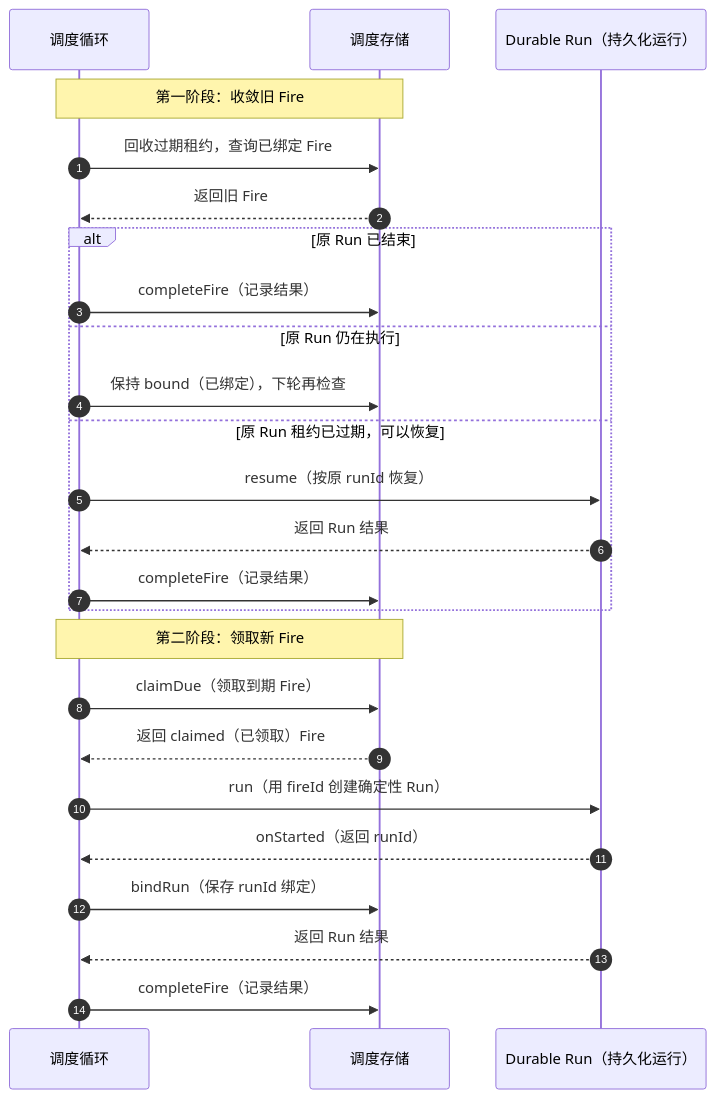
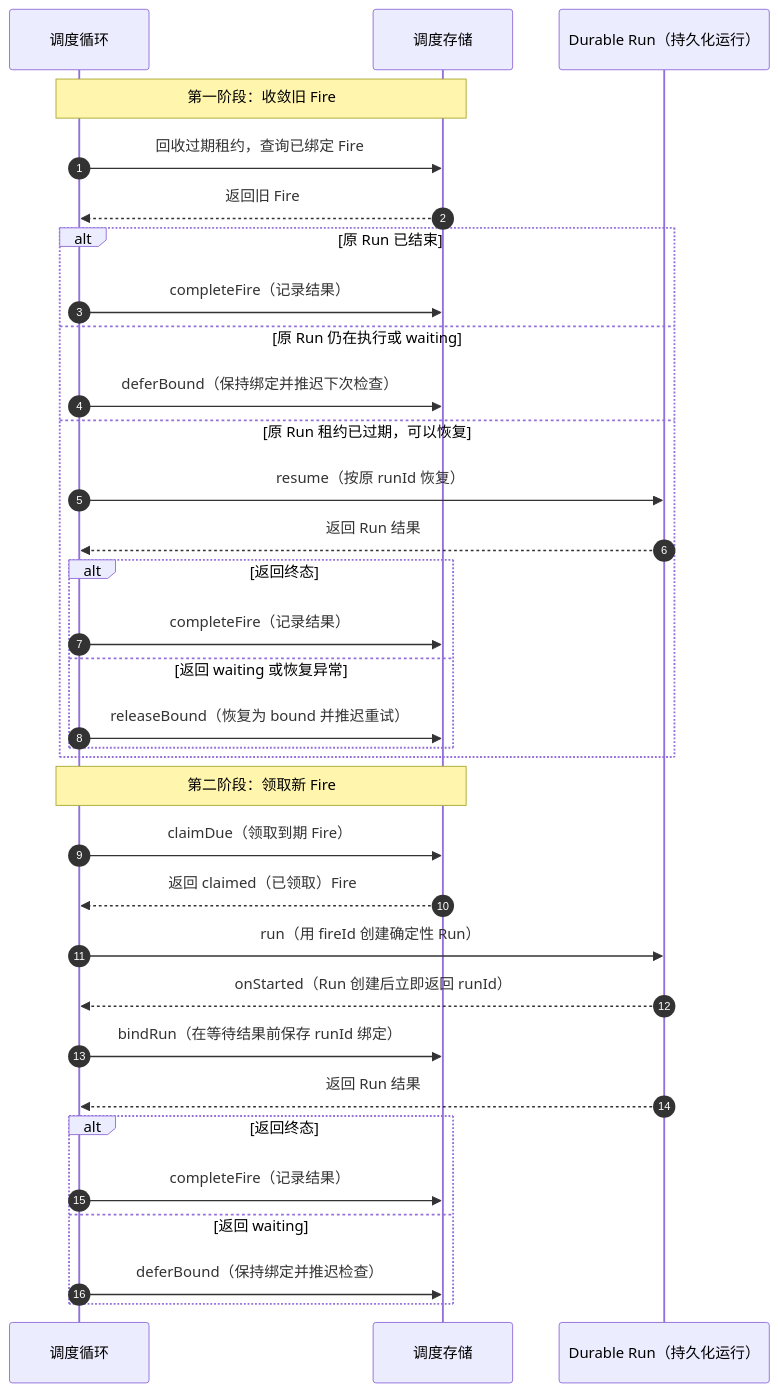
Before and after one commit to Wpxknight/agentdemo: the third of 4 diagrams in docs/design/08-scheduler.md, drawn with Mermaid. The commit also changed other lines of this file and 55 other files, not shown here.

````diff
--- a/docs/design/08-scheduler.md
+++ b/docs/design/08-scheduler.md
@@ -231,29 +238,37 @@
 ```mermaid
 sequenceDiagram
   autonumber
   participant L as 调度循环
   participant S as 调度存储
   participant R as Durable Run（持久化运行）
 
   Note over L,S: 第一阶段：收敛旧 Fire
   L->>S: 回收过期租约，查询已绑定 Fire
   S-->>L: 返回旧 Fire
   alt 原 Run 已结束
     L->>S: completeFire（记录结果）
-  else 原 Run 仍在执行
-    L->>S: 保持 bound（已绑定），下轮再检查
+  else 原 Run 仍在执行或 waiting
+    L->>S: deferBound（保持绑定并推迟下次检查）
   else 原 Run 租约已过期，可以恢复
     L->>R: resume（按原 runId 恢复）
     R-->>L: 返回 Run 结果
-    L->>S: completeFire（记录结果）
+    alt 返回终态
+      L->>S: completeFire（记录结果）
+    else 返回 waiting 或恢复异常
+      L->>S: releaseBound（恢复为 bound 并推迟重试）
+    end
   end
 
   Note over L,S: 第二阶段：领取新 Fire
   L->>S: claimDue（领取到期 Fire）
   S-->>L: 返回 claimed（已领取）Fire
   L->>R: run（用 fireId 创建确定性 Run）
-  R-->>L: onStarted（返回 runId）
-  L->>S: bindRun（保存 runId 绑定）
+  R-->>L: onStarted（Run 创建后立即返回 runId）
+  L->>S: bindRun（在等待结果前保存 runId 绑定）
   R-->>L: 返回 Run 结果
-  L->>S: completeFire（记录结果）
+  alt 返回终态
+    L->>S: completeFire（记录结果）
+  else 返回 waiting
+    L->>S: deferBound（保持绑定并推迟检查）
+  end
 ```
````
